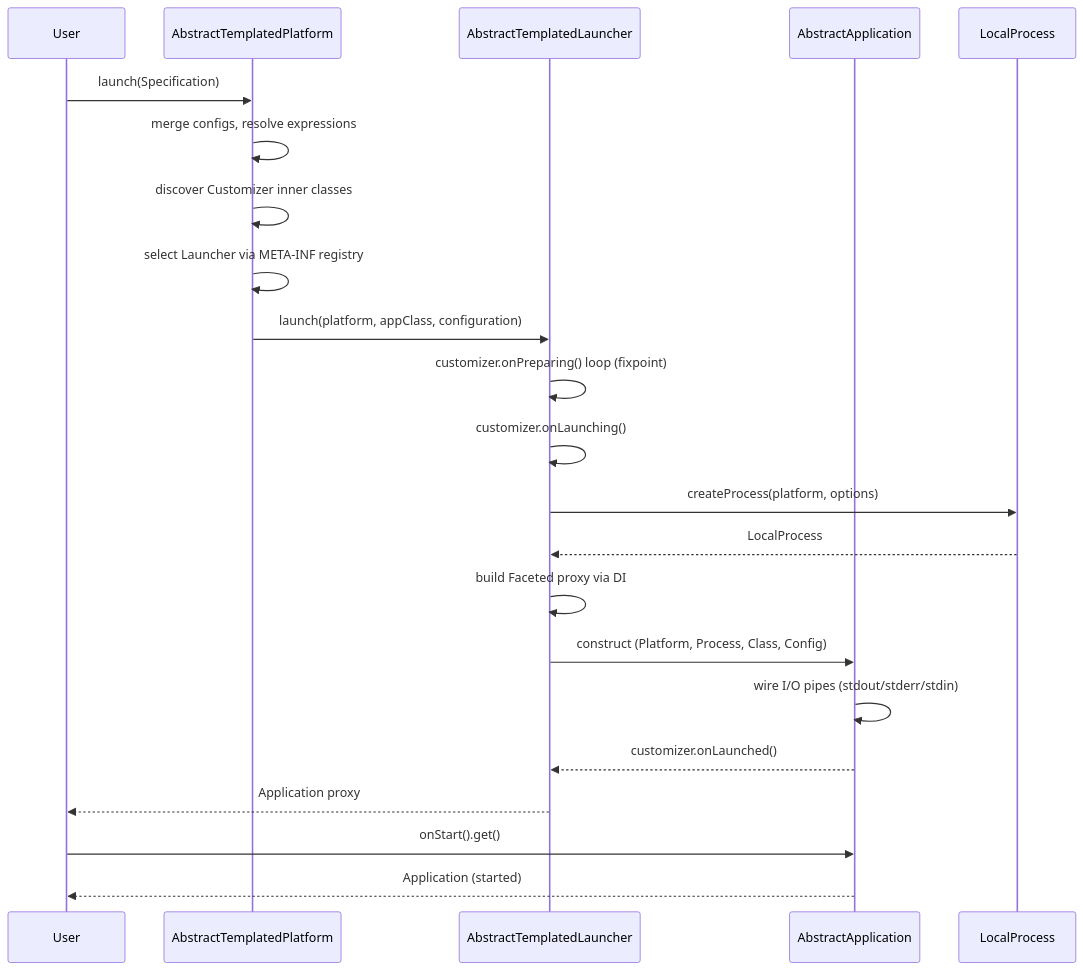
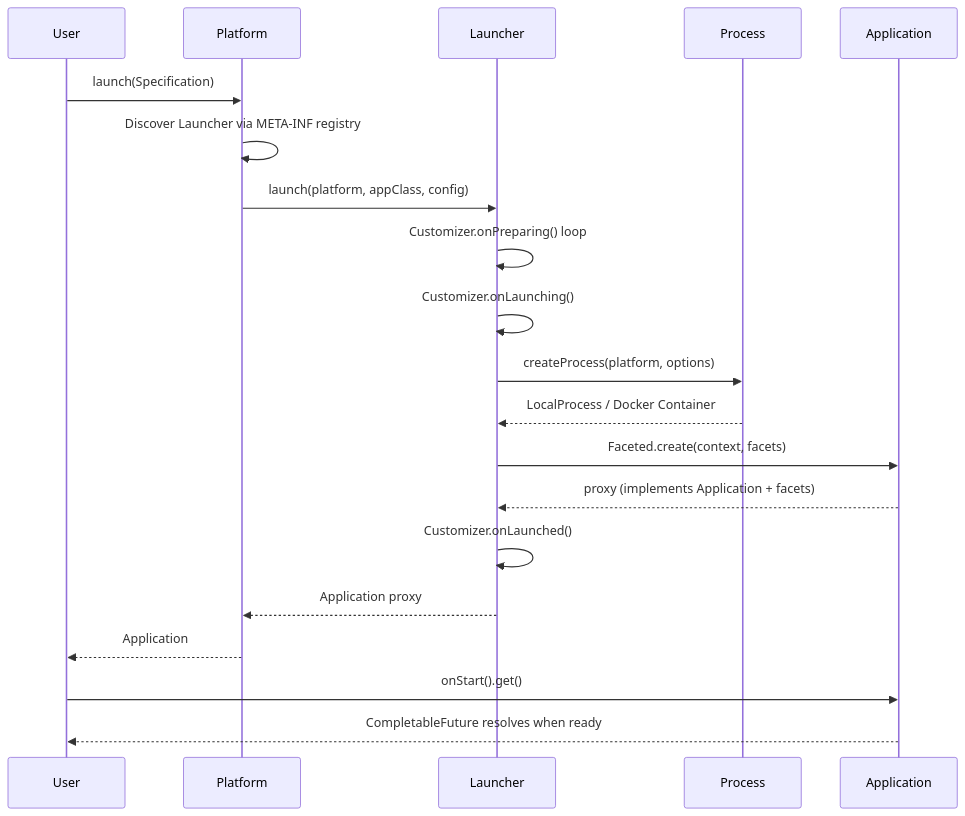
One commit to Workday/spawn.build changed the second of 2 diagrams in docs/CODEBASE_MAP.md. Above: the diagram before and after it, drawn with Mermaid. The commit also changed other lines of this file, not shown here.

````diff
--- a/docs/CODEBASE_MAP.md
+++ b/docs/CODEBASE_MAP.md
@@ -409,25 +81,23 @@
 ```mermaid
 sequenceDiagram
     participant User
-    participant Platform as AbstractTemplatedPlatform
-    participant Launcher as AbstractTemplatedLauncher
-    participant App as AbstractApplication
-    participant Proc as LocalProcess
+    participant Platform
+    participant Launcher
+    participant Process
+    participant Application
 
     User->>Platform: launch(Specification)
-    Platform->>Platform: merge configs, resolve expressions
-    Platform->>Platform: discover Customizer inner classes
-    Platform->>Platform: select Launcher via META-INF registry
-    Platform->>Launcher: launch(platform, appClass, configuration)
-    Launcher->>Launcher: customizer.onPreparing() loop (fixpoint)
-    Launcher->>Launcher: customizer.onLaunching()
-    Launcher->>Proc: createProcess(platform, options)
-    Proc-->>Launcher: LocalProcess
-    Launcher->>Launcher: build Faceted proxy via DI
-    Launcher->>App: construct (Platform, Process, Class, Config)
-    App->>App: wire I/O pipes (stdout/stderr/stdin)
-    App-->>Launcher: customizer.onLaunched()
-    Launcher-->>User: Application proxy
-    User->>App: onStart().get()
-    App-->>User: Application (started)
+    Platform->>Platform: Discover Launcher via META-INF registry
+    Platform->>Launcher: launch(platform, appClass, config)
+    Launcher->>Launcher: Customizer.onPreparing() loop
+    Launcher->>Launcher: Customizer.onLaunching()
+    Launcher->>Process: createProcess(platform, options)
+    Process-->>Launcher: LocalProcess / Docker Container
+    Launcher->>Application: Faceted.create(context, facets)
+    Application-->>Launcher: proxy (implements Application + facets)
+    Launcher->>Launcher: Customizer.onLaunched()
+    Launcher-->>Platform: Application proxy
+    Platform-->>User: Application
+    User->>Application: onStart().get()
+    Application-->>User: CompletableFuture resolves when ready
 ```
````
